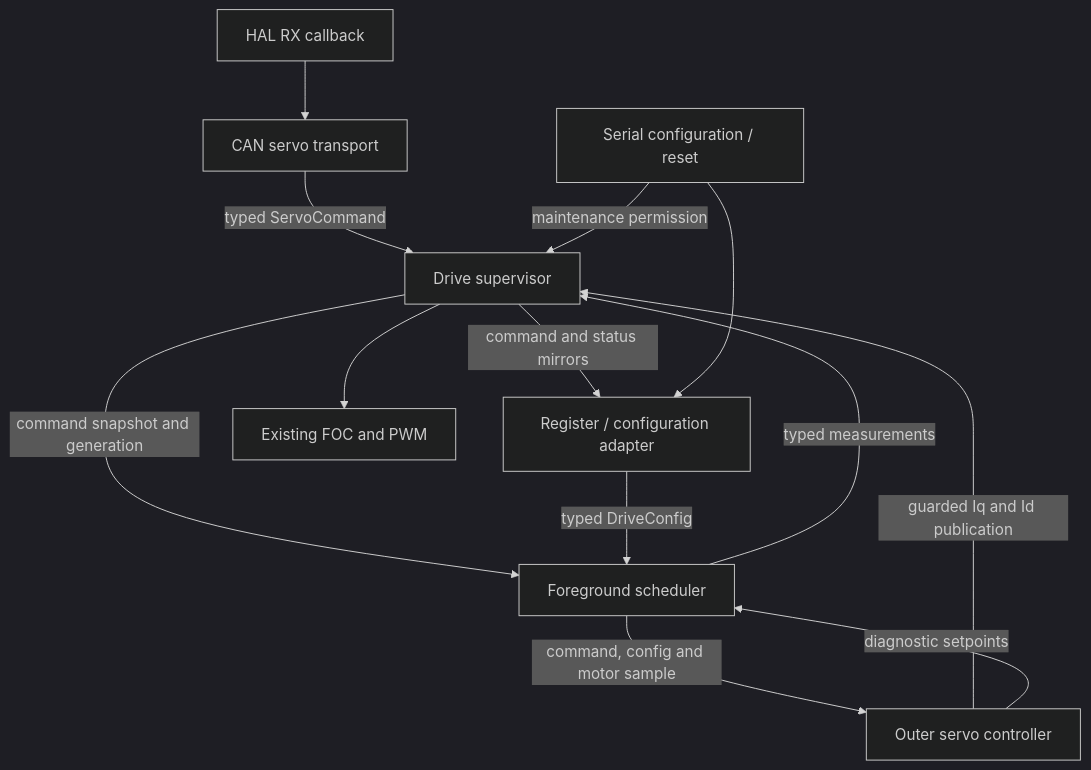
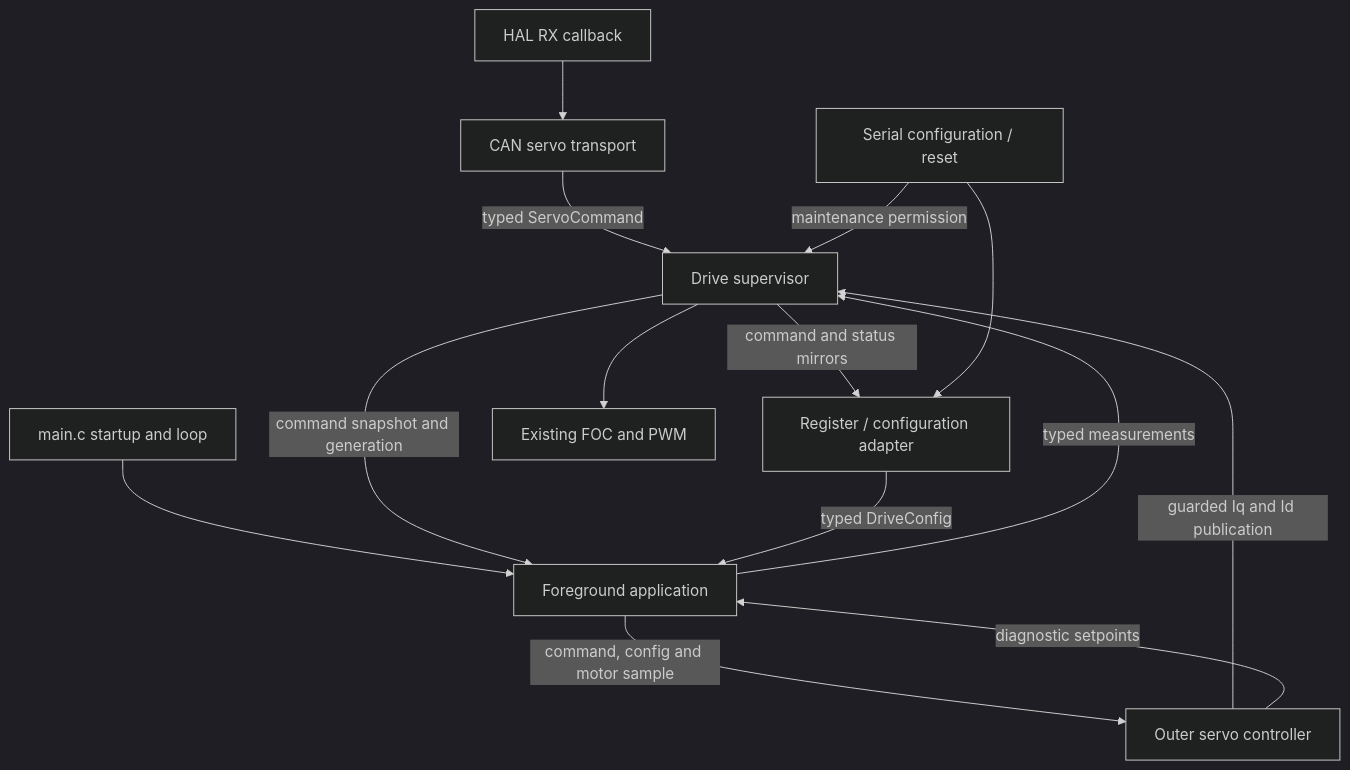
The diagram in docs/professional-architecture.md (toblast/G431-Servo), drawn with Mermaid (dark theme) before and after one commit. The commit also changed other lines of this file and 19 other files, not shown here.

Commit message:
refactor: extract foreground application scheduler

````diff
--- a/docs/professional-architecture.md
+++ b/docs/professional-architecture.md
@@ -21,15 +23,16 @@
 ```mermaid
 flowchart TD
     Callback[HAL RX callback] --> CAN[CAN servo transport]
     CAN -->|typed ServoCommand| Drive[Drive supervisor]
-    Drive -->|command snapshot and generation| Main[Foreground scheduler]
-    Config[Register / configuration adapter] -->|typed DriveConfig| Main
-    Main -->|command, config and motor sample| Servo[Outer servo controller]
+    Startup[main.c startup and loop] --> App[Foreground application]
+    Drive -->|command snapshot and generation| App
+    Config[Register / configuration adapter] -->|typed DriveConfig| App
+    App -->|command, config and motor sample| Servo[Outer servo controller]
     Servo -->|guarded Iq and Id publication| Drive
-    Servo -->|diagnostic setpoints| Main
+    Servo -->|diagnostic setpoints| App
     Drive --> FOC[Existing FOC and PWM]
-    Main -->|typed measurements| Drive
+    App -->|typed measurements| Drive
     Drive -->|command and status mirrors| Config
     UART[Serial configuration / reset] -->|maintenance permission| Drive
     UART --> Config
 ```
````
